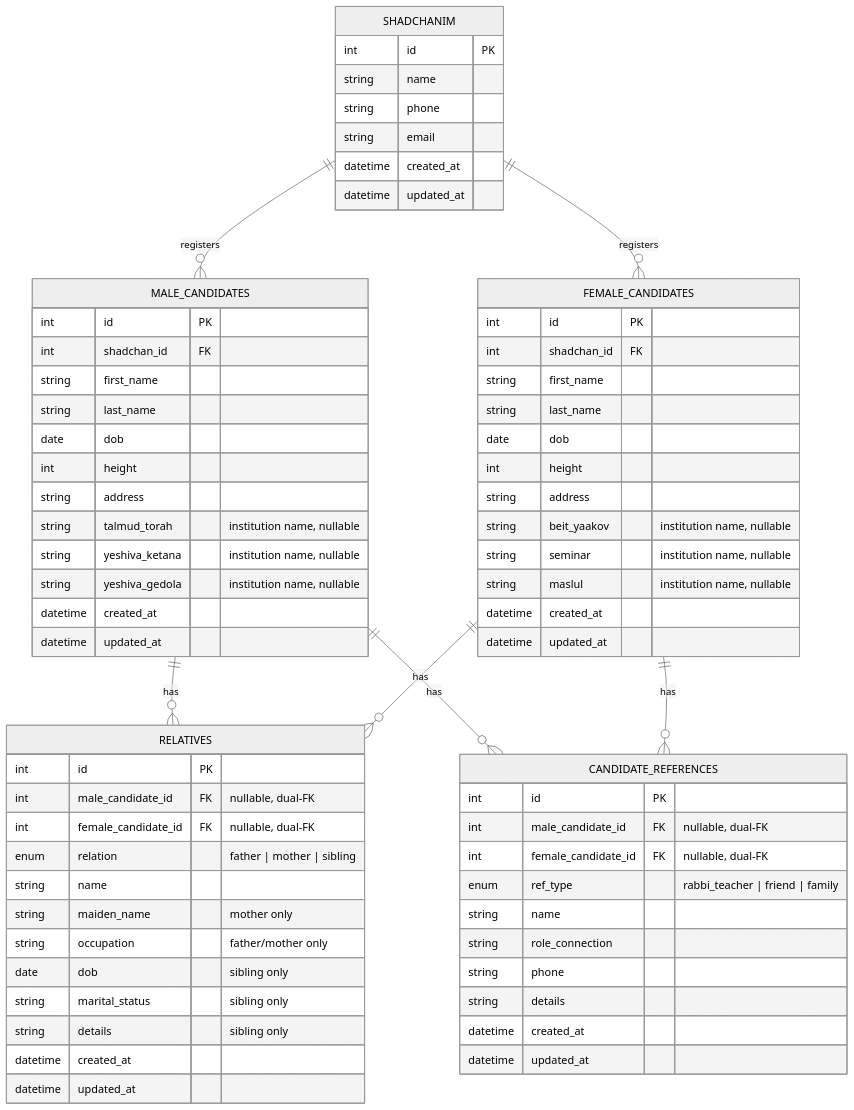
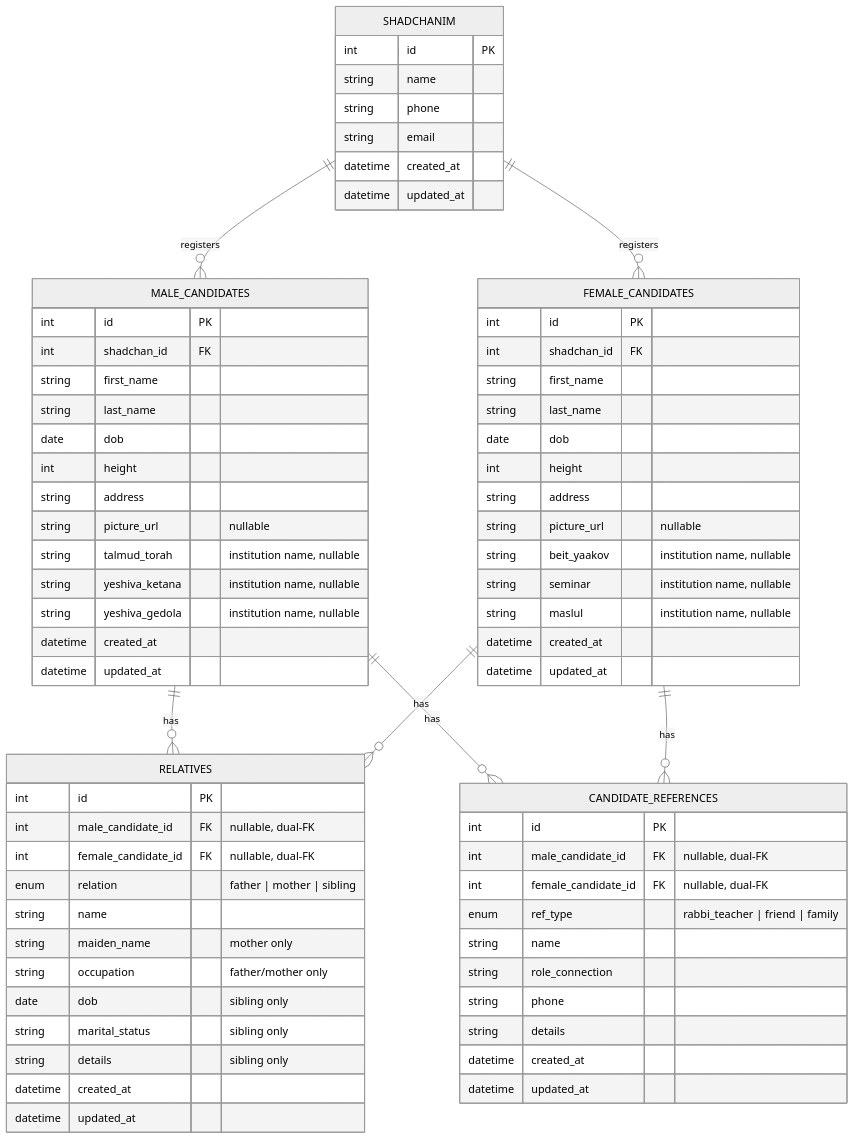
Before and after one commit to mordechaisav/make-match-server: the diagram in docs/ARCHITECTURE.md, drawn with Mermaid (neutral theme). The commit also changed other lines of this file and 4 other files, not shown here.

First line of the commit message:
Add picture_url to male and female candidates

````diff
--- a/docs/ARCHITECTURE.md
+++ b/docs/ARCHITECTURE.md
@@ -66,74 +66,76 @@
 ```mermaid
 erDiagram
     SHADCHANIM ||--o{ MALE_CANDIDATES : registers
     SHADCHANIM ||--o{ FEMALE_CANDIDATES : registers
 
     MALE_CANDIDATES ||--o{ RELATIVES : has
     FEMALE_CANDIDATES ||--o{ RELATIVES : has
 
     MALE_CANDIDATES ||--o{ CANDIDATE_REFERENCES : has
     FEMALE_CANDIDATES ||--o{ CANDIDATE_REFERENCES : has
 
     SHADCHANIM {
         int id PK
         string name
         string phone
         string email
         datetime created_at
         datetime updated_at
     }
     MALE_CANDIDATES {
         int id PK
         int shadchan_id FK
         string first_name
         string last_name
         date dob
         int height
         string address
+        string picture_url "nullable"
         string talmud_torah "institution name, nullable"
         string yeshiva_ketana "institution name, nullable"
         string yeshiva_gedola "institution name, nullable"
         datetime created_at
         datetime updated_at
     }
     FEMALE_CANDIDATES {
         int id PK
         int shadchan_id FK
         string first_name
         string last_name
         date dob
         int height
         string address
+        string picture_url "nullable"
         string beit_yaakov "institution name, nullable"
         string seminar "institution name, nullable"
         string maslul "institution name, nullable"
         datetime created_at
         datetime updated_at
     }
     RELATIVES {
         int id PK
         int male_candidate_id FK "nullable, dual-FK"
         int female_candidate_id FK "nullable, dual-FK"
         enum relation "father | mother | sibling"
         string name
         string maiden_name "mother only"
         string occupation "father/mother only"
         date dob "sibling only"
         string marital_status "sibling only"
         string details "sibling only"
         datetime created_at
         datetime updated_at
     }
     CANDIDATE_REFERENCES {
         int id PK
         int male_candidate_id FK "nullable, dual-FK"
         int female_candidate_id FK "nullable, dual-FK"
         enum ref_type "rabbi_teacher | friend | family"
         string name
         string role_connection
         string phone
         string details
         datetime created_at
         datetime updated_at
     }
 ```
````
